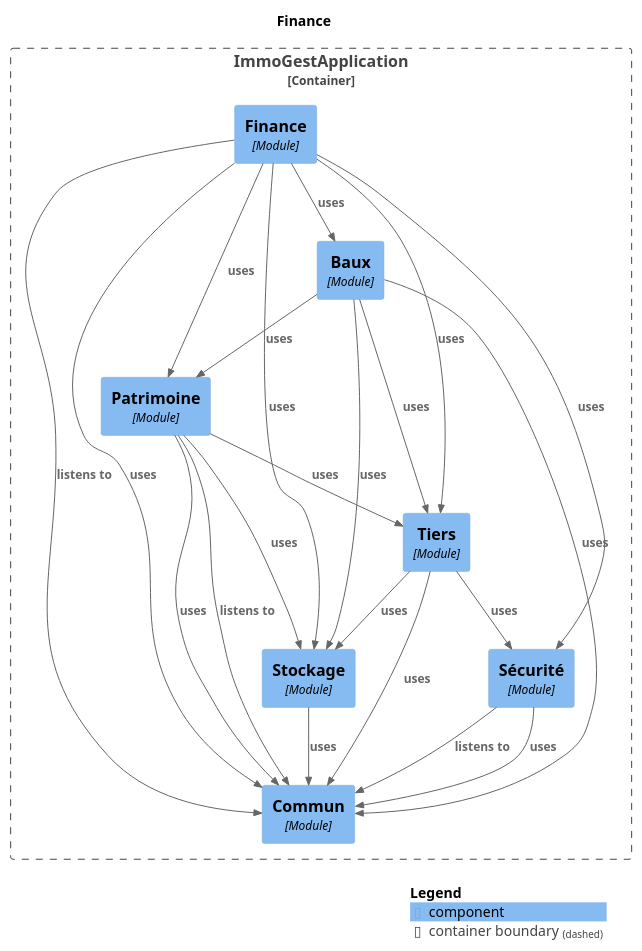
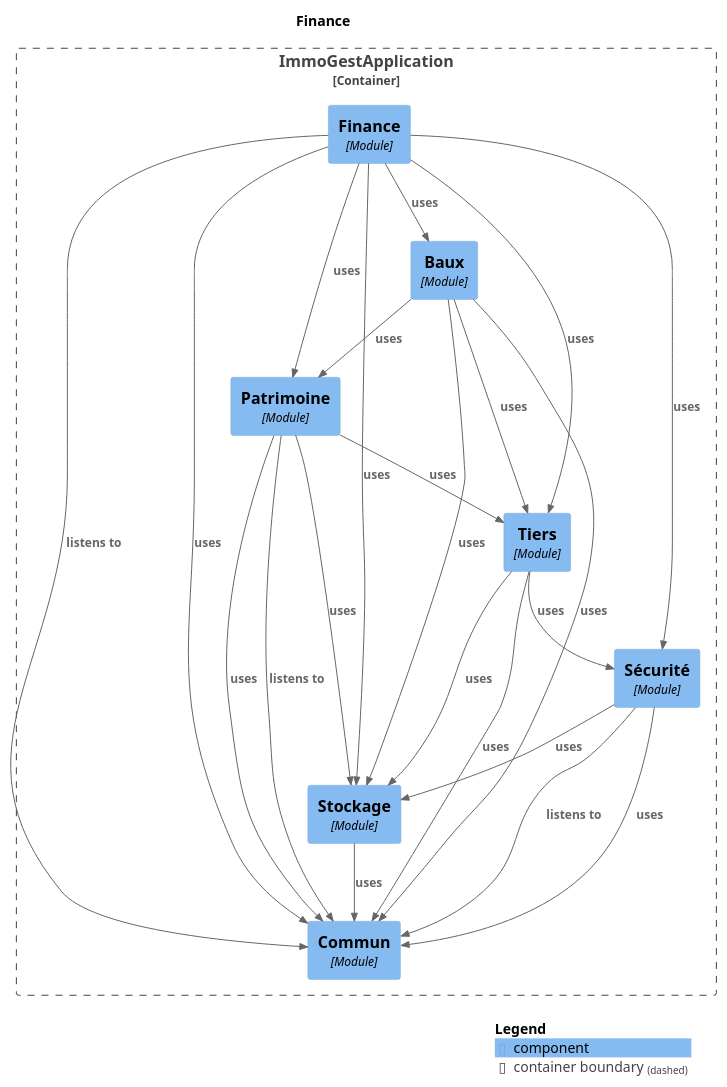
Before and after one commit to fixedevelloper/csimmo: the diagram in docs/modules/module-finance.puml, drawn with PlantUML. The commit also changed 91 other files, not shown here.

```diff
--- a/docs/modules/module-finance.puml
+++ b/docs/modules/module-finance.puml
@@ -1,44 +1,45 @@
 @startuml
 set separator none
 title Finance
 
 top to bottom direction
 
 !include <C4/C4>
 !include <C4/C4_Context>
 !include <C4/C4_Component>
 
 Container_Boundary("ImmoGestApplication.ImmoGestApplication_boundary", "ImmoGestApplication", $tags="") {
   Component(ImmoGestApplication.ImmoGestApplication.Baux, "Baux", $techn="Module", $descr="", $tags="", $link="")
   Component(ImmoGestApplication.ImmoGestApplication.Finance, "Finance", $techn="Module", $descr="", $tags="", $link="")
   Component(ImmoGestApplication.ImmoGestApplication.Commun, "Commun", $techn="Module", $descr="", $tags="", $link="")
+  Component(ImmoGestApplication.ImmoGestApplication.Stockage, "Stockage", $techn="Module", $descr="", $tags="", $link="")
   Component(ImmoGestApplication.ImmoGestApplication.Sécurité, "Sécurité", $techn="Module", $descr="", $tags="", $link="")
-  Component(ImmoGestApplication.ImmoGestApplication.Stockage, "Stockage", $techn="Module", $descr="", $tags="", $link="")
   Component(ImmoGestApplication.ImmoGestApplication.Tiers, "Tiers", $techn="Module", $descr="", $tags="", $link="")
   Component(ImmoGestApplication.ImmoGestApplication.Patrimoine, "Patrimoine", $techn="Module", $descr="", $tags="", $link="")
 }
 
+Rel(ImmoGestApplication.ImmoGestApplication.Sécurité, ImmoGestApplication.ImmoGestApplication.Commun, "uses", $techn="", $tags="", $link="")
+Rel(ImmoGestApplication.ImmoGestApplication.Sécurité, ImmoGestApplication.ImmoGestApplication.Stockage, "uses", $techn="", $tags="", $link="")
 Rel(ImmoGestApplication.ImmoGestApplication.Baux, ImmoGestApplication.ImmoGestApplication.Patrimoine, "uses", $techn="", $tags="", $link="")
 Rel(ImmoGestApplication.ImmoGestApplication.Baux, ImmoGestApplication.ImmoGestApplication.Tiers, "uses", $techn="", $tags="", $link="")
 Rel(ImmoGestApplication.ImmoGestApplication.Baux, ImmoGestApplication.ImmoGestApplication.Stockage, "uses", $techn="", $tags="", $link="")
 Rel(ImmoGestApplication.ImmoGestApplication.Baux, ImmoGestApplication.ImmoGestApplication.Commun, "uses", $techn="", $tags="", $link="")
 Rel(ImmoGestApplication.ImmoGestApplication.Stockage, ImmoGestApplication.ImmoGestApplication.Commun, "uses", $techn="", $tags="", $link="")
+Rel(ImmoGestApplication.ImmoGestApplication.Tiers, ImmoGestApplication.ImmoGestApplication.Stockage, "uses", $techn="", $tags="", $link="")
+Rel(ImmoGestApplication.ImmoGestApplication.Tiers, ImmoGestApplication.ImmoGestApplication.Commun, "uses", $techn="", $tags="", $link="")
+Rel(ImmoGestApplication.ImmoGestApplication.Tiers, ImmoGestApplication.ImmoGestApplication.Sécurité, "uses", $techn="", $tags="", $link="")
 Rel(ImmoGestApplication.ImmoGestApplication.Patrimoine, ImmoGestApplication.ImmoGestApplication.Commun, "listens to", $techn="", $tags="", $link="")
 Rel(ImmoGestApplication.ImmoGestApplication.Patrimoine, ImmoGestApplication.ImmoGestApplication.Stockage, "uses", $techn="", $tags="", $link="")
 Rel(ImmoGestApplication.ImmoGestApplication.Patrimoine, ImmoGestApplication.ImmoGestApplication.Commun, "uses", $techn="", $tags="", $link="")
 Rel(ImmoGestApplication.ImmoGestApplication.Patrimoine, ImmoGestApplication.ImmoGestApplication.Tiers, "uses", $techn="", $tags="", $link="")
-Rel(ImmoGestApplication.ImmoGestApplication.Tiers, ImmoGestApplication.ImmoGestApplication.Stockage, "uses", $techn="", $tags="", $link="")
-Rel(ImmoGestApplication.ImmoGestApplication.Tiers, ImmoGestApplication.ImmoGestApplication.Commun, "uses", $techn="", $tags="", $link="")
-Rel(ImmoGestApplication.ImmoGestApplication.Tiers, ImmoGestApplication.ImmoGestApplication.Sécurité, "uses", $techn="", $tags="", $link="")
 Rel(ImmoGestApplication.ImmoGestApplication.Finance, ImmoGestApplication.ImmoGestApplication.Commun, "listens to", $techn="", $tags="", $link="")
 Rel(ImmoGestApplication.ImmoGestApplication.Finance, ImmoGestApplication.ImmoGestApplication.Patrimoine, "uses", $techn="", $tags="", $link="")
 Rel(ImmoGestApplication.ImmoGestApplication.Finance, ImmoGestApplication.ImmoGestApplication.Commun, "uses", $techn="", $tags="", $link="")
 Rel(ImmoGestApplication.ImmoGestApplication.Finance, ImmoGestApplication.ImmoGestApplication.Baux, "uses", $techn="", $tags="", $link="")
 Rel(ImmoGestApplication.ImmoGestApplication.Finance, ImmoGestApplication.ImmoGestApplication.Tiers, "uses", $techn="", $tags="", $link="")
 Rel(ImmoGestApplication.ImmoGestApplication.Finance, ImmoGestApplication.ImmoGestApplication.Stockage, "uses", $techn="", $tags="", $link="")
 Rel(ImmoGestApplication.ImmoGestApplication.Finance, ImmoGestApplication.ImmoGestApplication.Sécurité, "uses", $techn="", $tags="", $link="")
 Rel(ImmoGestApplication.ImmoGestApplication.Sécurité, ImmoGestApplication.ImmoGestApplication.Commun, "listens to", $techn="", $tags="", $link="")
-Rel(ImmoGestApplication.ImmoGestApplication.Sécurité, ImmoGestApplication.ImmoGestApplication.Commun, "uses", $techn="", $tags="", $link="")
 
 SHOW_LEGEND(true)
 @enduml
```
